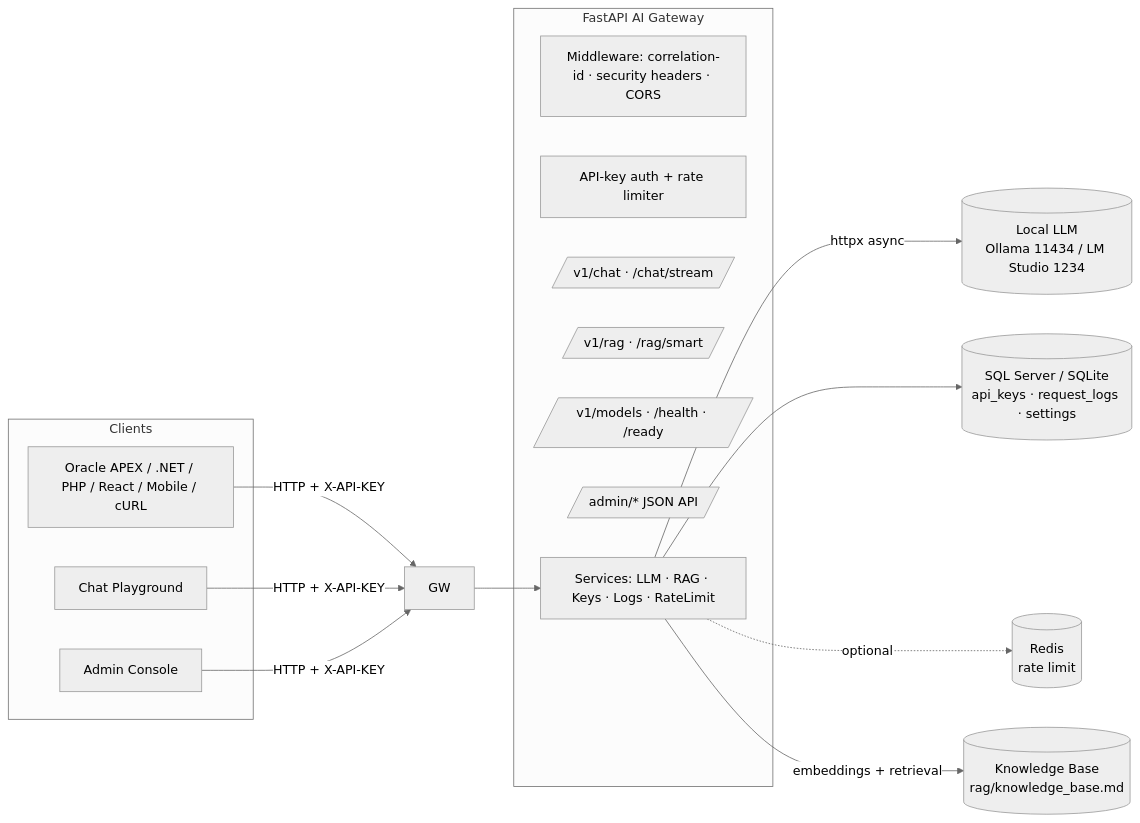
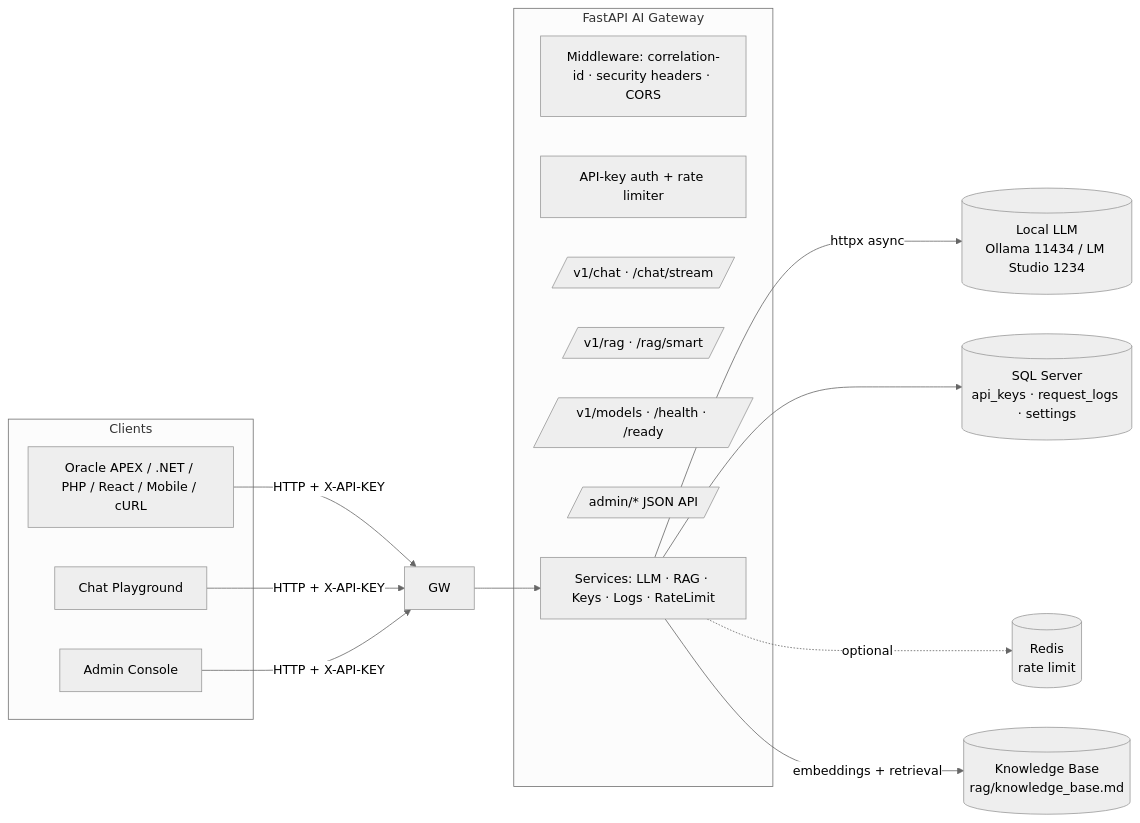
The diagram in README.md (Safiqultuhin055/Fab-API-Local-LLM-Project), drawn with Mermaid (neutral theme) before and after one commit. The commit also changed other lines of this file and 9 other files, not shown here.

First line of the commit message:
refactor(db): SQL Server only — remove SQLite fallback entirely

````diff
--- a/README.md
+++ b/README.md
@@ -39,24 +39,24 @@
 ```mermaid
 flowchart LR
   subgraph Clients
     A[Oracle APEX / .NET / PHP / React / Mobile / cURL]
     UI[Chat Playground]
     ADM[Admin Console]
   end
   A & UI & ADM -->|HTTP + X-API-KEY| GW
 
   subgraph Gateway[FastAPI AI Gateway]
     MW[Middleware: correlation-id · security headers · CORS]
     AUTH[API-key auth + rate limiter]
     R1[/v1/chat · /chat/stream/]
     R2[/v1/rag · /rag/smart/]
     R3[/v1/models · /health · /ready/]
     R4[/admin/* JSON API/]
     SVC[Services: LLM · RAG · Keys · Logs · RateLimit]
   end
   GW --> SVC
   SVC -->|httpx async| LLM[(Local LLM\nOllama 11434 / LM Studio 1234)]
-  SVC --> DB[(SQL Server / SQLite\napi_keys · request_logs · settings)]
+  SVC --> DB[(SQL Server\napi_keys · request_logs · settings)]
   SVC -.optional.-> REDIS[(Redis\nrate limit)]
   SVC -->|embeddings + retrieval| KB[(Knowledge Base\nrag/knowledge_base.md)]
 ```
````
